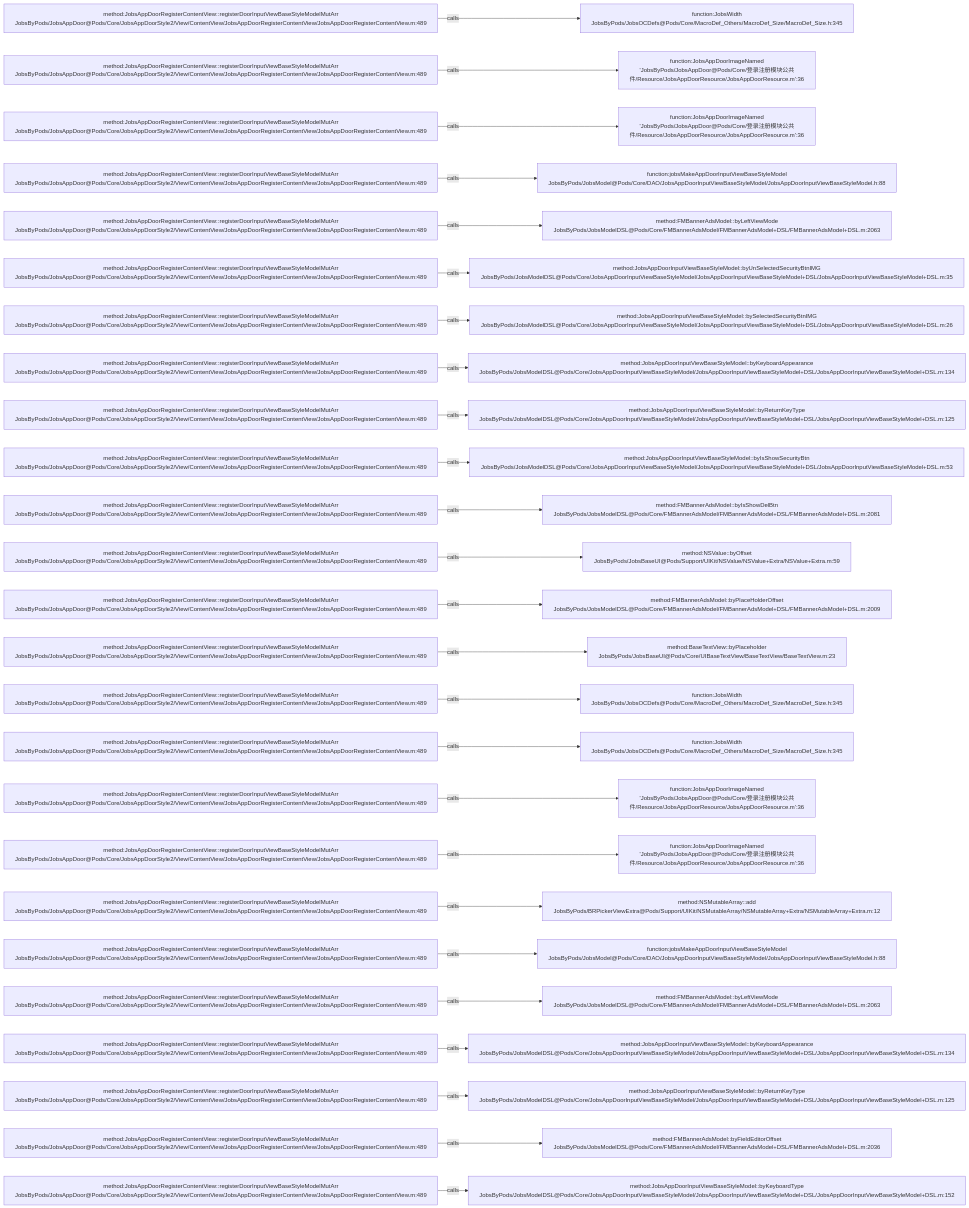
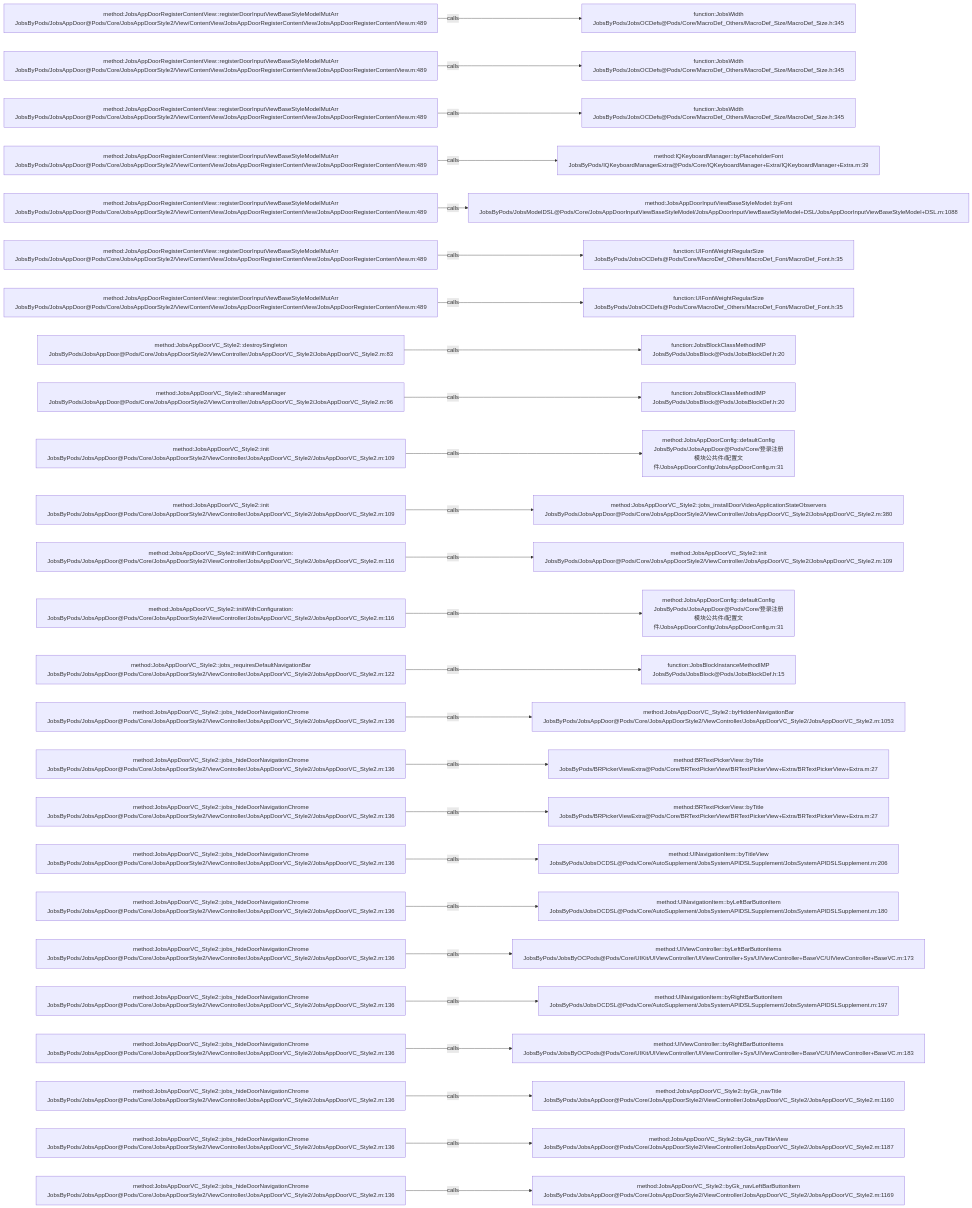
Before and after one commit to JobsKits/JobsOCBaseConfigDemo: the diagram in .codegraph/codegraph.md/graphs/calls-135.md, drawn with Mermaid. The commit also changed 223 other files, not shown here.

````diff
--- a/.codegraph/codegraph.md/graphs/calls-135.md
+++ b/.codegraph/codegraph.md/graphs/calls-135.md
@@ -13,78 +13,78 @@
 ```mermaid
 flowchart LR
   S1["method:JobsAppDoorRegisterContentView::registerDoorInputViewBaseStyleModelMutArr<br/>JobsByPods/JobsAppDoor@Pods/Core/JobsAppDoorStyle2/View/ContentView/JobsAppDoorRegisterContentView/JobsAppDoorRegisterContentView.m:489"]
   T1["function:JobsWidth<br/>JobsByPods/JobsOCDefs@Pods/Core/MacroDef_Others/MacroDef_Size/MacroDef_Size.h:345"]
   S1 -->|calls| T1
   S2["method:JobsAppDoorRegisterContentView::registerDoorInputViewBaseStyleModelMutArr<br/>JobsByPods/JobsAppDoor@Pods/Core/JobsAppDoorStyle2/View/ContentView/JobsAppDoorRegisterContentView/JobsAppDoorRegisterContentView.m:489"]
-  T2["function:JobsAppDoorImageNamed<br/>'JobsByPods/JobsAppDoor@Pods/Core/登录注册模块公共件/Resource/JobsAppDoorResource/JobsAppDoorResource.m':36"]
+  T2["function:JobsWidth<br/>JobsByPods/JobsOCDefs@Pods/Core/MacroDef_Others/MacroDef_Size/MacroDef_Size.h:345"]
   S2 -->|calls| T2
   S3["method:JobsAppDoorRegisterContentView::registerDoorInputViewBaseStyleModelMutArr<br/>JobsByPods/JobsAppDoor@Pods/Core/JobsAppDoorStyle2/View/ContentView/JobsAppDoorRegisterContentView/JobsAppDoorRegisterContentView.m:489"]
-  T3["function:JobsAppDoorImageNamed<br/>'JobsByPods/JobsAppDoor@Pods/Core/登录注册模块公共件/Resource/JobsAppDoorResource/JobsAppDoorResource.m':36"]
+  T3["function:JobsWidth<br/>JobsByPods/JobsOCDefs@Pods/Core/MacroDef_Others/MacroDef_Size/MacroDef_Size.h:345"]
   S3 -->|calls| T3
   S4["method:JobsAppDoorRegisterContentView::registerDoorInputViewBaseStyleModelMutArr<br/>JobsByPods/JobsAppDoor@Pods/Core/JobsAppDoorStyle2/View/ContentView/JobsAppDoorRegisterContentView/JobsAppDoorRegisterContentView.m:489"]
-  T4["function:jobsMakeAppDoorInputViewBaseStyleModel<br/>JobsByPods/JobsModel@Pods/Core/DAO/JobsAppDoorInputViewBaseStyleModel/JobsAppDoorInputViewBaseStyleModel.h:88"]
+  T4["method:IQKeyboardManager::byPlaceholderFont<br/>JobsByPods/IQKeyboardManagerExtra@Pods/Core/IQKeyboardManager+Extra/IQKeyboardManager+Extra.m:39"]
   S4 -->|calls| T4
   S5["method:JobsAppDoorRegisterContentView::registerDoorInputViewBaseStyleModelMutArr<br/>JobsByPods/JobsAppDoor@Pods/Core/JobsAppDoorStyle2/View/ContentView/JobsAppDoorRegisterContentView/JobsAppDoorRegisterContentView.m:489"]
-  T5["method:FMBannerAdsModel::byLeftViewMode<br/>JobsByPods/JobsModelDSL@Pods/Core/FMBannerAdsModel/FMBannerAdsModel+DSL/FMBannerAdsModel+DSL.m:2063"]
+  T5["method:JobsAppDoorInputViewBaseStyleModel::byFont<br/>JobsByPods/JobsModelDSL@Pods/Core/JobsAppDoorInputViewBaseStyleModel/JobsAppDoorInputViewBaseStyleModel+DSL/JobsAppDoorInputViewBaseStyleModel+DSL.m:1088"]
   S5 -->|calls| T5
   S6["method:JobsAppDoorRegisterContentView::registerDoorInputViewBaseStyleModelMutArr<br/>JobsByPods/JobsAppDoor@Pods/Core/JobsAppDoorStyle2/View/ContentView/JobsAppDoorRegisterContentView/JobsAppDoorRegisterContentView.m:489"]
-  T6["method:JobsAppDoorInputViewBaseStyleModel::byUnSelectedSecurityBtnIMG<br/>JobsByPods/JobsModelDSL@Pods/Core/JobsAppDoorInputViewBaseStyleModel/JobsAppDoorInputViewBaseStyleModel+DSL/JobsAppDoorInputViewBaseStyleModel+DSL.m:35"]
+  T6["function:UIFontWeightRegularSize<br/>JobsByPods/JobsOCDefs@Pods/Core/MacroDef_Others/MacroDef_Font/MacroDef_Font.h:35"]
   S6 -->|calls| T6
   S7["method:JobsAppDoorRegisterContentView::registerDoorInputViewBaseStyleModelMutArr<br/>JobsByPods/JobsAppDoor@Pods/Core/JobsAppDoorStyle2/View/ContentView/JobsAppDoorRegisterContentView/JobsAppDoorRegisterContentView.m:489"]
-  T7["method:JobsAppDoorInputViewBaseStyleModel::bySelectedSecurityBtnIMG<br/>JobsByPods/JobsModelDSL@Pods/Core/JobsAppDoorInputViewBaseStyleModel/JobsAppDoorInputViewBaseStyleModel+DSL/JobsAppDoorInputViewBaseStyleModel+DSL.m:26"]
+  T7["function:UIFontWeightRegularSize<br/>JobsByPods/JobsOCDefs@Pods/Core/MacroDef_Others/MacroDef_Font/MacroDef_Font.h:35"]
   S7 -->|calls| T7
-  S8["method:JobsAppDoorRegisterContentView::registerDoorInputViewBaseStyleModelMutArr<br/>JobsByPods/JobsAppDoor@Pods/Core/JobsAppDoorStyle2/View/ContentView/JobsAppDoorRegisterContentView/JobsAppDoorRegisterContentView.m:489"]
-  T8["method:JobsAppDoorInputViewBaseStyleModel::byKeyboardAppearance<br/>JobsByPods/JobsModelDSL@Pods/Core/JobsAppDoorInputViewBaseStyleModel/JobsAppDoorInputViewBaseStyleModel+DSL/JobsAppDoorInputViewBaseStyleModel+DSL.m:134"]
+  S8["method:JobsAppDoorVC_Style2::destroySingleton<br/>JobsByPods/JobsAppDoor@Pods/Core/JobsAppDoorStyle2/ViewController/JobsAppDoorVC_Style2/JobsAppDoorVC_Style2.m:83"]
+  T8["function:JobsBlockClassMethodIMP<br/>JobsByPods/JobsBlock@Pods/JobsBlockDef.h:20"]
   S8 -->|calls| T8
-  S9["method:JobsAppDoorRegisterContentView::registerDoorInputViewBaseStyleModelMutArr<br/>JobsByPods/JobsAppDoor@Pods/Core/JobsAppDoorStyle2/View/ContentView/JobsAppDoorRegisterContentView/JobsAppDoorRegisterContentView.m:489"]
-  T9["method:JobsAppDoorInputViewBaseStyleModel::byReturnKeyType<br/>JobsByPods/JobsModelDSL@Pods/Core/JobsAppDoorInputViewBaseStyleModel/JobsAppDoorInputViewBaseStyleModel+DSL/JobsAppDoorInputViewBaseStyleModel+DSL.m:125"]
+  S9["method:JobsAppDoorVC_Style2::sharedManager<br/>JobsByPods/JobsAppDoor@Pods/Core/JobsAppDoorStyle2/ViewController/JobsAppDoorVC_Style2/JobsAppDoorVC_Style2.m:96"]
+  T9["function:JobsBlockClassMethodIMP<br/>JobsByPods/JobsBlock@Pods/JobsBlockDef.h:20"]
   S9 -->|calls| T9
-  S10["method:JobsAppDoorRegisterContentView::registerDoorInputViewBaseStyleModelMutArr<br/>JobsByPods/JobsAppDoor@Pods/Core/JobsAppDoorStyle2/View/ContentView/JobsAppDoorRegisterContentView/JobsAppDoorRegisterContentView.m:489"]
-  T10["method:JobsAppDoorInputViewBaseStyleModel::byIsShowSecurityBtn<br/>JobsByPods/JobsModelDSL@Pods/Core/JobsAppDoorInputViewBaseStyleModel/JobsAppDoorInputViewBaseStyleModel+DSL/JobsAppDoorInputViewBaseStyleModel+DSL.m:53"]
+  S10["method:JobsAppDoorVC_Style2::init<br/>JobsByPods/JobsAppDoor@Pods/Core/JobsAppDoorStyle2/ViewController/JobsAppDoorVC_Style2/JobsAppDoorVC_Style2.m:109"]
+  T10["method:JobsAppDoorConfig::defaultConfig<br/>JobsByPods/JobsAppDoor@Pods/Core/登录注册模块公共件/配置文件/JobsAppDoorConfig/JobsAppDoorConfig.m:31"]
   S10 -->|calls| T10
-  S11["method:JobsAppDoorRegisterContentView::registerDoorInputViewBaseStyleModelMutArr<br/>JobsByPods/JobsAppDoor@Pods/Core/JobsAppDoorStyle2/View/ContentView/JobsAppDoorRegisterContentView/JobsAppDoorRegisterContentView.m:489"]
-  T11["method:FMBannerAdsModel::byIsShowDelBtn<br/>JobsByPods/JobsModelDSL@Pods/Core/FMBannerAdsModel/FMBannerAdsModel+DSL/FMBannerAdsModel+DSL.m:2081"]
+  S11["method:JobsAppDoorVC_Style2::init<br/>JobsByPods/JobsAppDoor@Pods/Core/JobsAppDoorStyle2/ViewController/JobsAppDoorVC_Style2/JobsAppDoorVC_Style2.m:109"]
+  T11["method:JobsAppDoorVC_Style2::jobs_installDoorVideoApplicationStateObservers<br/>JobsByPods/JobsAppDoor@Pods/Core/JobsAppDoorStyle2/ViewController/JobsAppDoorVC_Style2/JobsAppDoorVC_Style2.m:380"]
   S11 -->|calls| T11
-  S12["method:JobsAppDoorRegisterContentView::registerDoorInputViewBaseStyleModelMutArr<br/>JobsByPods/JobsAppDoor@Pods/Core/JobsAppDoorStyle2/View/ContentView/JobsAppDoorRegisterContentView/JobsAppDoorRegisterContentView.m:489"]
-  T12["method:NSValue::byOffset<br/>JobsByPods/JobsBaseUI@Pods/Support/UIKit/NSValue/NSValue+Extra/NSValue+Extra.m:59"]
+  S12["method:JobsAppDoorVC_Style2::initWithConfiguration:<br/>JobsByPods/JobsAppDoor@Pods/Core/JobsAppDoorStyle2/ViewController/JobsAppDoorVC_Style2/JobsAppDoorVC_Style2.m:116"]
+  T12["method:JobsAppDoorVC_Style2::init<br/>JobsByPods/JobsAppDoor@Pods/Core/JobsAppDoorStyle2/ViewController/JobsAppDoorVC_Style2/JobsAppDoorVC_Style2.m:109"]
   S12 -->|calls| T12
-  S13["method:JobsAppDoorRegisterContentView::registerDoorInputViewBaseStyleModelMutArr<br/>JobsByPods/JobsAppDoor@Pods/Core/JobsAppDoorStyle2/View/ContentView/JobsAppDoorRegisterContentView/JobsAppDoorRegisterContentView.m:489"]
-  T13["method:FMBannerAdsModel::byPlaceHolderOffset<br/>JobsByPods/JobsModelDSL@Pods/Core/FMBannerAdsModel/FMBannerAdsModel+DSL/FMBannerAdsModel+DSL.m:2009"]
+  S13["method:JobsAppDoorVC_Style2::initWithConfiguration:<br/>JobsByPods/JobsAppDoor@Pods/Core/JobsAppDoorStyle2/ViewController/JobsAppDoorVC_Style2/JobsAppDoorVC_Style2.m:116"]
+  T13["method:JobsAppDoorConfig::defaultConfig<br/>JobsByPods/JobsAppDoor@Pods/Core/登录注册模块公共件/配置文件/JobsAppDoorConfig/JobsAppDoorConfig.m:31"]
   S13 -->|calls| T13
-  S14["method:JobsAppDoorRegisterContentView::registerDoorInputViewBaseStyleModelMutArr<br/>JobsByPods/JobsAppDoor@Pods/Core/JobsAppDoorStyle2/View/ContentView/JobsAppDoorRegisterContentView/JobsAppDoorRegisterContentView.m:489"]
-  T14["method:BaseTextView::byPlaceholder<br/>JobsByPods/JobsBaseUI@Pods/Core/UIBaseTextView/BaseTextView/BaseTextView.m:23"]
+  S14["method:JobsAppDoorVC_Style2::jobs_requiresDefaultNavigationBar<br/>JobsByPods/JobsAppDoor@Pods/Core/JobsAppDoorStyle2/ViewController/JobsAppDoorVC_Style2/JobsAppDoorVC_Style2.m:122"]
+  T14["function:JobsBlockInstanceMethodIMP<br/>JobsByPods/JobsBlock@Pods/JobsBlockDef.h:15"]
   S14 -->|calls| T14
-  S15["method:JobsAppDoorRegisterContentView::registerDoorInputViewBaseStyleModelMutArr<br/>JobsByPods/JobsAppDoor@Pods/Core/JobsAppDoorStyle2/View/ContentView/JobsAppDoorRegisterContentView/JobsAppDoorRegisterContentView.m:489"]
-  T15["function:JobsWidth<br/>JobsByPods/JobsOCDefs@Pods/Core/MacroDef_Others/MacroDef_Size/MacroDef_Size.h:345"]
+  S15["method:JobsAppDoorVC_Style2::jobs_hideDoorNavigationChrome<br/>JobsByPods/JobsAppDoor@Pods/Core/JobsAppDoorStyle2/ViewController/JobsAppDoorVC_Style2/JobsAppDoorVC_Style2.m:136"]
+  T15["method:JobsAppDoorVC_Style2::byHiddenNavigationBar<br/>JobsByPods/JobsAppDoor@Pods/Core/JobsAppDoorStyle2/ViewController/JobsAppDoorVC_Style2/JobsAppDoorVC_Style2.m:1053"]
   S15 -->|calls| T15
-  S16["method:JobsAppDoorRegisterContentView::registerDoorInputViewBaseStyleModelMutArr<br/>JobsByPods/JobsAppDoor@Pods/Core/JobsAppDoorStyle2/View/ContentView/JobsAppDoorRegisterContentView/JobsAppDoorRegisterContentView.m:489"]
-  T16["function:JobsWidth<br/>JobsByPods/JobsOCDefs@Pods/Core/MacroDef_Others/MacroDef_Size/MacroDef_Size.h:345"]
+  S16["method:JobsAppDoorVC_Style2::jobs_hideDoorNavigationChrome<br/>JobsByPods/JobsAppDoor@Pods/Core/JobsAppDoorStyle2/ViewController/JobsAppDoorVC_Style2/JobsAppDoorVC_Style2.m:136"]
+  T16["method:BRTextPickerView::byTitle<br/>JobsByPods/BRPickerViewExtra@Pods/Core/BRTextPickerView/BRTextPickerView+Extra/BRTextPickerView+Extra.m:27"]
   S16 -->|calls| T16
-  S17["method:JobsAppDoorRegisterContentView::registerDoorInputViewBaseStyleModelMutArr<br/>JobsByPods/JobsAppDoor@Pods/Core/JobsAppDoorStyle2/View/ContentView/JobsAppDoorRegisterContentView/JobsAppDoorRegisterContentView.m:489"]
-  T17["function:JobsAppDoorImageNamed<br/>'JobsByPods/JobsAppDoor@Pods/Core/登录注册模块公共件/Resource/JobsAppDoorResource/JobsAppDoorResource.m':36"]
+  S17["method:JobsAppDoorVC_Style2::jobs_hideDoorNavigationChrome<br/>JobsByPods/JobsAppDoor@Pods/Core/JobsAppDoorStyle2/ViewController/JobsAppDoorVC_Style2/JobsAppDoorVC_Style2.m:136"]
+  T17["method:BRTextPickerView::byTitle<br/>JobsByPods/BRPickerViewExtra@Pods/Core/BRTextPickerView/BRTextPickerView+Extra/BRTextPickerView+Extra.m:27"]
   S17 -->|calls| T17
-  S18["method:JobsAppDoorRegisterContentView::registerDoorInputViewBaseStyleModelMutArr<br/>JobsByPods/JobsAppDoor@Pods/Core/JobsAppDoorStyle2/View/ContentView/JobsAppDoorRegisterContentView/JobsAppDoorRegisterContentView.m:489"]
-  T18["function:JobsAppDoorImageNamed<br/>'JobsByPods/JobsAppDoor@Pods/Core/登录注册模块公共件/Resource/JobsAppDoorResource/JobsAppDoorResource.m':36"]
+  S18["method:JobsAppDoorVC_Style2::jobs_hideDoorNavigationChrome<br/>JobsByPods/JobsAppDoor@Pods/Core/JobsAppDoorStyle2/ViewController/JobsAppDoorVC_Style2/JobsAppDoorVC_Style2.m:136"]
+  T18["method:UINavigationItem::byTitleView<br/>JobsByPods/JobsOCDSL@Pods/Core/AutoSupplement/JobsSystemAPIDSLSupplement/JobsSystemAPIDSLSupplement.m:206"]
   S18 -->|calls| T18
-  S19["method:JobsAppDoorRegisterContentView::registerDoorInputViewBaseStyleModelMutArr<br/>JobsByPods/JobsAppDoor@Pods/Core/JobsAppDoorStyle2/View/ContentView/JobsAppDoorRegisterContentView/JobsAppDoorRegisterContentView.m:489"]
-  T19["method:NSMutableArray::add<br/>JobsByPods/BRPickerViewExtra@Pods/Support/UIKit/NSMutableArray/NSMutableArray+Extra/NSMutableArray+Extra.m:12"]
+  S19["method:JobsAppDoorVC_Style2::jobs_hideDoorNavigationChrome<br/>JobsByPods/JobsAppDoor@Pods/Core/JobsAppDoorStyle2/ViewController/JobsAppDoorVC_Style2/JobsAppDoorVC_Style2.m:136"]
+  T19["method:UINavigationItem::byLeftBarButtonItem<br/>JobsByPods/JobsOCDSL@Pods/Core/AutoSupplement/JobsSystemAPIDSLSupplement/JobsSystemAPIDSLSupplement.m:180"]
   S19 -->|calls| T19
-  S20["method:JobsAppDoorRegisterContentView::registerDoorInputViewBaseStyleModelMutArr<br/>JobsByPods/JobsAppDoor@Pods/Core/JobsAppDoorStyle2/View/ContentView/JobsAppDoorRegisterContentView/JobsAppDoorRegisterContentView.m:489"]
-  T20["function:jobsMakeAppDoorInputViewBaseStyleModel<br/>JobsByPods/JobsModel@Pods/Core/DAO/JobsAppDoorInputViewBaseStyleModel/JobsAppDoorInputViewBaseStyleModel.h:88"]
+  S20["method:JobsAppDoorVC_Style2::jobs_hideDoorNavigationChrome<br/>JobsByPods/JobsAppDoor@Pods/Core/JobsAppDoorStyle2/ViewController/JobsAppDoorVC_Style2/JobsAppDoorVC_Style2.m:136"]
+  T20["method:UIViewController::byLeftBarButtonItems<br/>JobsByPods/JobsByOCPods@Pods/Core/UIKit/UIViewController/UIViewController+Sys/UIViewController+BaseVC/UIViewController+BaseVC.m:173"]
   S20 -->|calls| T20
-  S21["method:JobsAppDoorRegisterContentView::registerDoorInputViewBaseStyleModelMutArr<br/>JobsByPods/JobsAppDoor@Pods/Core/JobsAppDoorStyle2/View/ContentView/JobsAppDoorRegisterContentView/JobsAppDoorRegisterContentView.m:489"]
-  T21["method:FMBannerAdsModel::byLeftViewMode<br/>JobsByPods/JobsModelDSL@Pods/Core/FMBannerAdsModel/FMBannerAdsModel+DSL/FMBannerAdsModel+DSL.m:2063"]
+  S21["method:JobsAppDoorVC_Style2::jobs_hideDoorNavigationChrome<br/>JobsByPods/JobsAppDoor@Pods/Core/JobsAppDoorStyle2/ViewController/JobsAppDoorVC_Style2/JobsAppDoorVC_Style2.m:136"]
+  T21["method:UINavigationItem::byRightBarButtonItem<br/>JobsByPods/JobsOCDSL@Pods/Core/AutoSupplement/JobsSystemAPIDSLSupplement/JobsSystemAPIDSLSupplement.m:197"]
   S21 -->|calls| T21
-  S22["method:JobsAppDoorRegisterContentView::registerDoorInputViewBaseStyleModelMutArr<br/>JobsByPods/JobsAppDoor@Pods/Core/JobsAppDoorStyle2/View/ContentView/JobsAppDoorRegisterContentView/JobsAppDoorRegisterContentView.m:489"]
-  T22["method:JobsAppDoorInputViewBaseStyleModel::byKeyboardAppearance<br/>JobsByPods/JobsModelDSL@Pods/Core/JobsAppDoorInputViewBaseStyleModel/JobsAppDoorInputViewBaseStyleModel+DSL/JobsAppDoorInputViewBaseStyleModel+DSL.m:134"]
+  S22["method:JobsAppDoorVC_Style2::jobs_hideDoorNavigationChrome<br/>JobsByPods/JobsAppDoor@Pods/Core/JobsAppDoorStyle2/ViewController/JobsAppDoorVC_Style2/JobsAppDoorVC_Style2.m:136"]
+  T22["method:UIViewController::byRightBarButtonItems<br/>JobsByPods/JobsByOCPods@Pods/Core/UIKit/UIViewController/UIViewController+Sys/UIViewController+BaseVC/UIViewController+BaseVC.m:183"]
   S22 -->|calls| T22
-  S23["method:JobsAppDoorRegisterContentView::registerDoorInputViewBaseStyleModelMutArr<br/>JobsByPods/JobsAppDoor@Pods/Core/JobsAppDoorStyle2/View/ContentView/JobsAppDoorRegisterContentView/JobsAppDoorRegisterContentView.m:489"]
-  T23["method:JobsAppDoorInputViewBaseStyleModel::byReturnKeyType<br/>JobsByPods/JobsModelDSL@Pods/Core/JobsAppDoorInputViewBaseStyleModel/JobsAppDoorInputViewBaseStyleModel+DSL/JobsAppDoorInputViewBaseStyleModel+DSL.m:125"]
+  S23["method:JobsAppDoorVC_Style2::jobs_hideDoorNavigationChrome<br/>JobsByPods/JobsAppDoor@Pods/Core/JobsAppDoorStyle2/ViewController/JobsAppDoorVC_Style2/JobsAppDoorVC_Style2.m:136"]
+  T23["method:JobsAppDoorVC_Style2::byGk_navTitle<br/>JobsByPods/JobsAppDoor@Pods/Core/JobsAppDoorStyle2/ViewController/JobsAppDoorVC_Style2/JobsAppDoorVC_Style2.m:1160"]
   S23 -->|calls| T23
-  S24["method:JobsAppDoorRegisterContentView::registerDoorInputViewBaseStyleModelMutArr<br/>JobsByPods/JobsAppDoor@Pods/Core/JobsAppDoorStyle2/View/ContentView/JobsAppDoorRegisterContentView/JobsAppDoorRegisterContentView.m:489"]
-  T24["method:FMBannerAdsModel::byFieldEditorOffset<br/>JobsByPods/JobsModelDSL@Pods/Core/FMBannerAdsModel/FMBannerAdsModel+DSL/FMBannerAdsModel+DSL.m:2036"]
+  S24["method:JobsAppDoorVC_Style2::jobs_hideDoorNavigationChrome<br/>JobsByPods/JobsAppDoor@Pods/Core/JobsAppDoorStyle2/ViewController/JobsAppDoorVC_Style2/JobsAppDoorVC_Style2.m:136"]
+  T24["method:JobsAppDoorVC_Style2::byGk_navTitleView<br/>JobsByPods/JobsAppDoor@Pods/Core/JobsAppDoorStyle2/ViewController/JobsAppDoorVC_Style2/JobsAppDoorVC_Style2.m:1187"]
   S24 -->|calls| T24
-  S25["method:JobsAppDoorRegisterContentView::registerDoorInputViewBaseStyleModelMutArr<br/>JobsByPods/JobsAppDoor@Pods/Core/JobsAppDoorStyle2/View/ContentView/JobsAppDoorRegisterContentView/JobsAppDoorRegisterContentView.m:489"]
-  T25["method:JobsAppDoorInputViewBaseStyleModel::byKeyboardType<br/>JobsByPods/JobsModelDSL@Pods/Core/JobsAppDoorInputViewBaseStyleModel/JobsAppDoorInputViewBaseStyleModel+DSL/JobsAppDoorInputViewBaseStyleModel+DSL.m:152"]
+  S25["method:JobsAppDoorVC_Style2::jobs_hideDoorNavigationChrome<br/>JobsByPods/JobsAppDoor@Pods/Core/JobsAppDoorStyle2/ViewController/JobsAppDoorVC_Style2/JobsAppDoorVC_Style2.m:136"]
+  T25["method:JobsAppDoorVC_Style2::byGk_navLeftBarButtonItem<br/>JobsByPods/JobsAppDoor@Pods/Core/JobsAppDoorStyle2/ViewController/JobsAppDoorVC_Style2/JobsAppDoorVC_Style2.m:1169"]
   S25 -->|calls| T25
 ```
````
